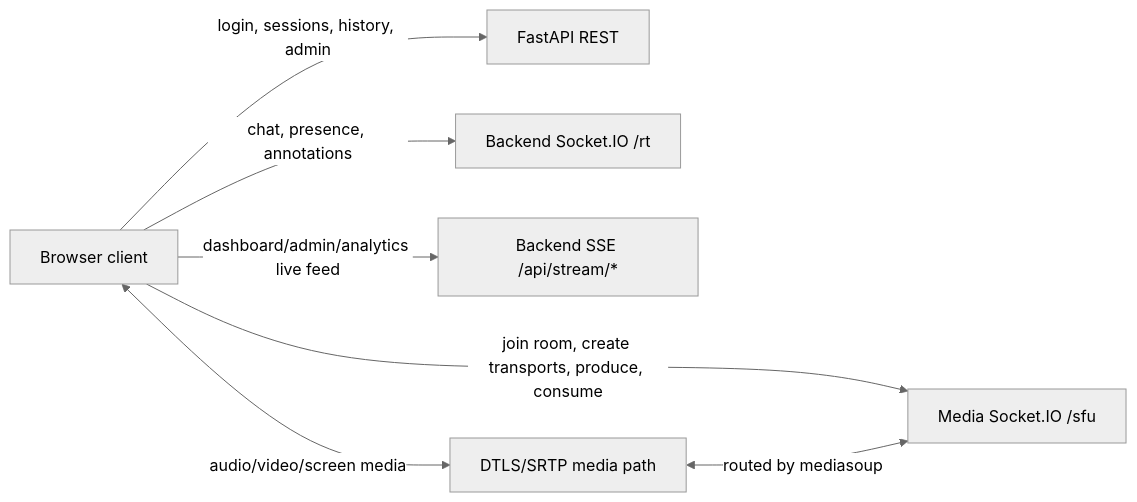
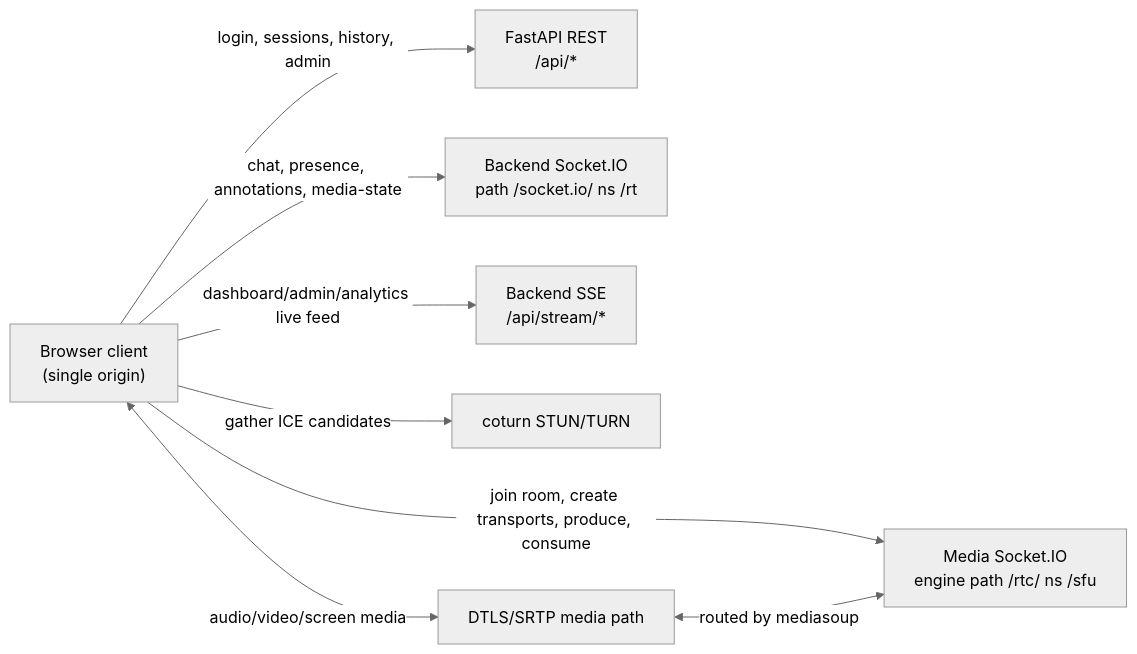
The diagram in docs/diagrams/04-request-and-realtime-paths.mmd (RamanAsolekar/atomquest), drawn with Mermaid (neutral theme) before and after one commit. The commit also changed 17 other files, not shown here.

```diff
--- a/docs/diagrams/04-request-and-realtime-paths.mmd
+++ b/docs/diagrams/04-request-and-realtime-paths.mmd
@@ -1,14 +1,19 @@
 flowchart LR
-  Browser["Browser client"]
-  API["FastAPI REST"]
-  RT["Backend Socket.IO /rt"]
-  SSE["Backend SSE /api/stream/*"]
-  SFU["Media Socket.IO /sfu"]
+  Browser["Browser client\n(single origin)"]
+  API["FastAPI REST\n/api/*"]
+  RT["Backend Socket.IO\npath /socket.io/ ns /rt"]
+  SSE["Backend SSE\n/api/stream/*"]
+  SFU["Media Socket.IO\nengine path /rtc/ ns /sfu"]
+  TURN["coturn STUN/TURN"]
   RTP["DTLS/SRTP media path"]
 
   Browser -->|login, sessions, history, admin| API
-  Browser -->|chat, presence, annotations| RT
+  Browser -->|chat, presence, annotations, media-state| RT
   Browser -->|dashboard/admin/analytics live feed| SSE
   Browser -->|join room, create transports, produce, consume| SFU
+  Browser -->|gather ICE candidates| TURN
   Browser <-->|audio/video/screen media| RTP
   RTP <-->|routed by mediasoup| SFU
+
+  %% All HTTP/WS rides the page's own origin; nginx routes by path prefix.
+  %% /rtc/ is the engine.io HTTP path that nginx rewrites to the media /socket.io/.
```
